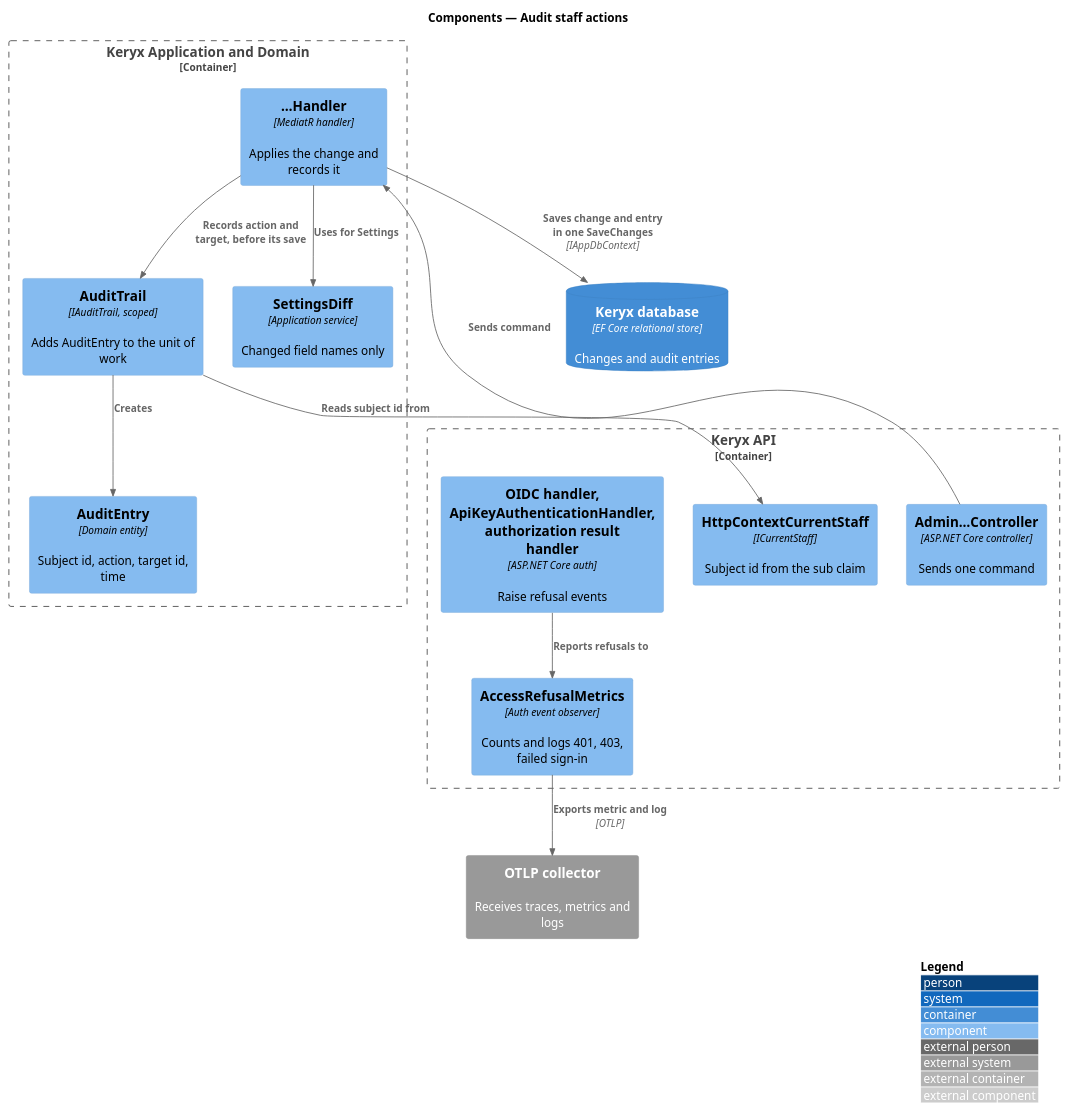
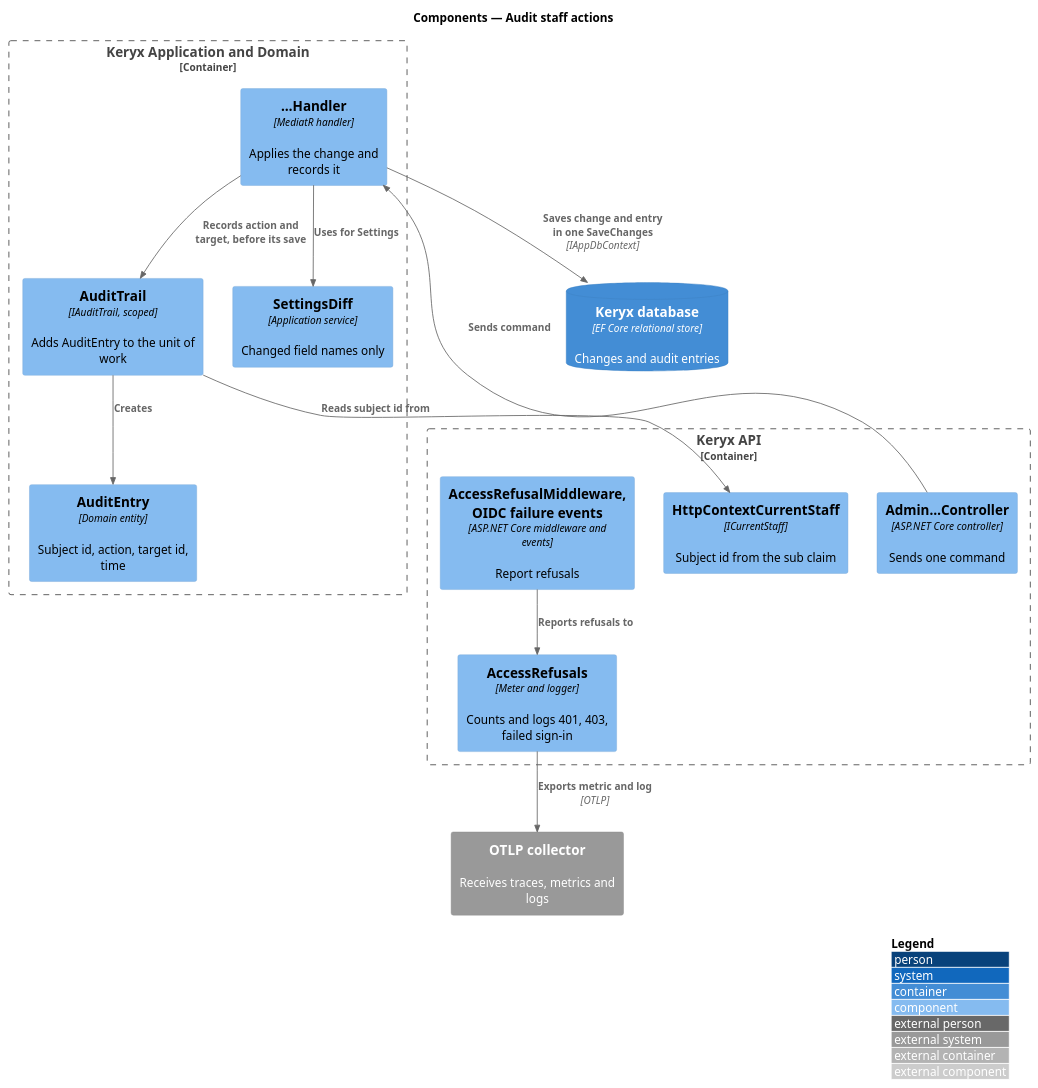
Before and after one commit to QuinntyneBrown/keryx: the diagram in docs/detailed-designs/operations/audit-staff-actions/diagrams/c4-component.puml, drawn with PlantUML. The commit also changed 12 other files, not shown here.

First line of the commit message:
Count and log refused requests and failed sign-ins

```diff
--- a/docs/detailed-designs/operations/audit-staff-actions/diagrams/c4-component.puml
+++ b/docs/detailed-designs/operations/audit-staff-actions/diagrams/c4-component.puml
@@ -1,29 +1,29 @@
 @startuml
 !include <C4/C4_Component>
 LAYOUT_WITH_LEGEND()
 title Components — Audit staff actions
 
 Container_Boundary(api, "Keryx API") {
   Component(ctrl, "Admin…Controller", "ASP.NET Core controller", "Sends one command")
   Component(cur, "HttpContextCurrentStaff", "ICurrentStaff", "Subject id from the sub claim")
-  Component(ref, "AccessRefusalMetrics", "Auth event observer", "Counts and logs 401, 403, failed sign-in")
-  Component(authn, "OIDC handler, ApiKeyAuthenticationHandler, authorization result handler", "ASP.NET Core auth", "Raise refusal events")
+  Component(ref, "AccessRefusals", "Meter and logger", "Counts and logs 401, 403, failed sign-in")
+  Component(authn, "AccessRefusalMiddleware, OIDC failure events", "ASP.NET Core middleware and events", "Report refusals")
 }
 Container_Boundary(app, "Keryx Application and Domain") {
   Component(h, "…Handler", "MediatR handler", "Applies the change and records it")
   Component(trail, "AuditTrail", "IAuditTrail, scoped", "Adds AuditEntry to the unit of work")
   Component(diff, "SettingsDiff", "Application service", "Changed field names only")
   Component(entry, "AuditEntry", "Domain entity", "Subject id, action, target id, time")
 }
 ContainerDb(db, "Keryx database", "EF Core relational store", "Changes and audit entries")
 System_Ext(otel, "OTLP collector", "Receives traces, metrics and logs")
 
 Rel(ctrl, h, "Sends command")
 Rel(h, trail, "Records action and target, before its save")
 Rel(trail, cur, "Reads subject id from")
 Rel(trail, entry, "Creates")
 Rel(h, diff, "Uses for Settings")
 Rel(h, db, "Saves change and entry in one SaveChanges", "IAppDbContext")
 Rel(authn, ref, "Reports refusals to")
 Rel(ref, otel, "Exports metric and log", "OTLP")
 @enduml
```
